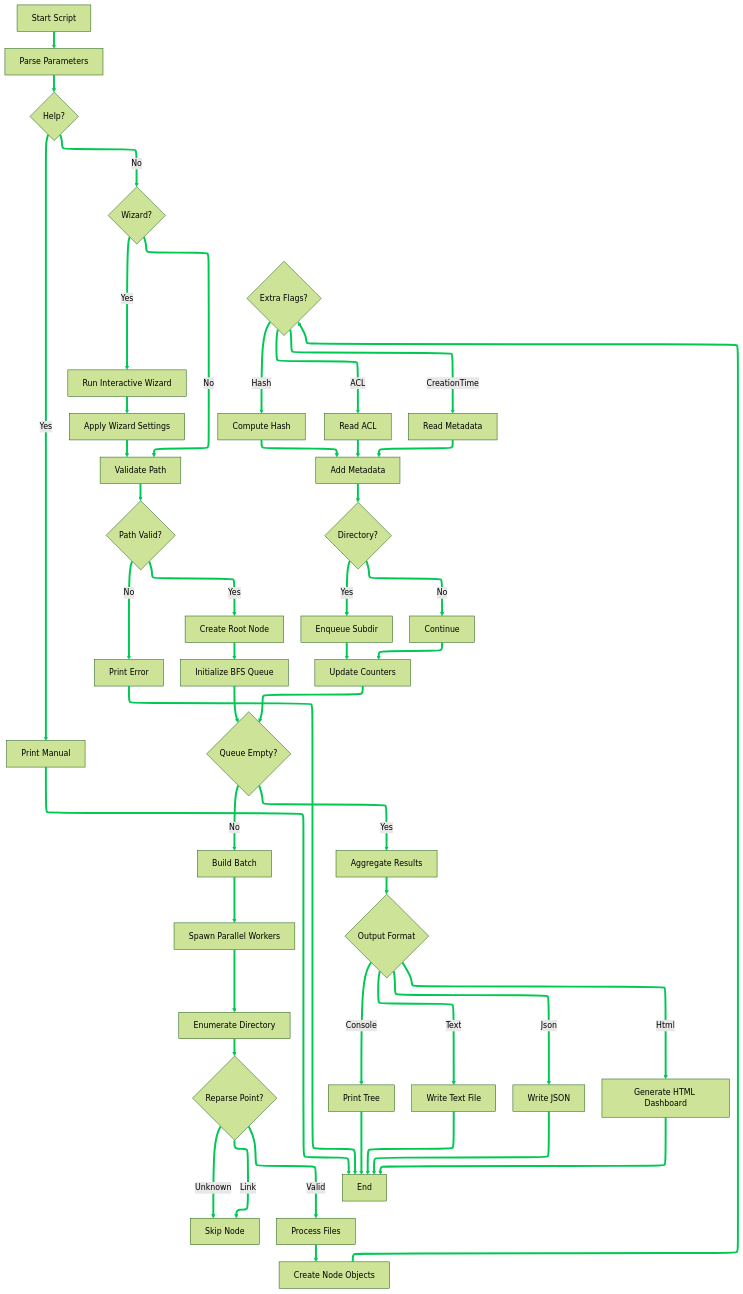
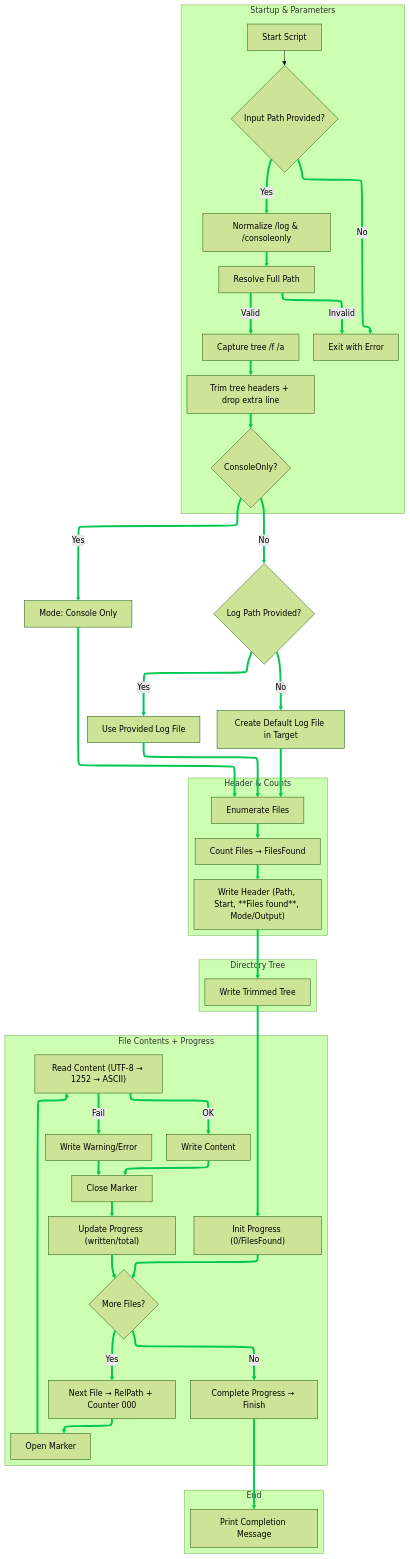
Before and after one commit to prafAle/powershell: the diagram in treeAdv/readme.md, drawn with Mermaid. The commit also changed other lines of this file, not shown here.

````diff
--- a/treeAdv/readme.md
+++ b/treeAdv/readme.md
@@ -173,97 +108,74 @@
   look: classic
 ---
 flowchart TB
-    A["Start Script"] --> B["Parse Parameters"]
-    B --> C{"Help?"}
-    C -- Yes --> D["Print Manual"]
-    D --> Z["End"]
-    C -- No --> E{"Wizard?"}
-    E -- Yes --> F["Run Interactive Wizard"]
-    F --> G["Apply Wizard Settings"]
-    E -- No --> H["Validate Path"]
-    G --> H
-    H --> I{"Path Valid?"}
-    I -- No --> J["Print Error"]
-    J --> Z
-    I -- Yes --> K["Create Root Node"]
-    K --> L["Initialize BFS Queue"]
-    L --> M{"Queue Empty?"}
-    M -- No --> N["Build Batch"]
-    N --> O["Spawn Parallel Workers"]
-    O --> P["Enumerate Directory"]
-    P --> Q{"Reparse Point?"}
-    Q -- Link --> R["Skip Node"]
-    Q -- Unknown --> R
-    Q -- Valid --> S["Process Files"]
-    S --> T["Create Node Objects"]
-    T --> U{"Extra Flags?"}
-    U -- Hash --> V["Compute Hash"]
-    U -- ACL --> W["Read ACL"]
-    U -- CreationTime --> X["Read Metadata"]
-    V --> Y["Add Metadata"]
-    W --> Y
-    X --> Y
-    Y --> AA{"Directory?"}
-    AA -- Yes --> AB["Enqueue Subdir"]
-    AA -- No --> AC["Continue"]
-    AB --> AD["Update Counters"]
-    AC --> AD
-    AD --> M
-    M -- Yes --> AE["Aggregate Results"]
-    AE --> AF{"Output Format"}
-    AF -- Console --> AG["Print Tree"]
-    AF -- Text --> AH["Write Text File"]
-    AF -- Json --> AI["Write JSON"]
-    AF -- Html --> AJ["Generate HTML Dashboard"]
-    AG --> Z
-    AH --> Z
-    AI --> Z
-    AJ --> Z
+ subgraph S1["Startup & Parameters"]
+    direction TB
+        B{"Input Path Provided?"}
+        A["Start Script"]
+        Z1["Exit with Error"]
+        C["Normalize /log & /consoleonly"]
+        D["Resolve Full Path"]
+        E["Capture tree /f /a"]
+        F["Trim tree headers + drop extra line"]
+        G{"ConsoleOnly?"}
+  end
+ subgraph S2["Header & Counts"]
+    direction TB
+        M["Count Files → FilesFound"]
+        L["Enumerate Files"]
+        N["Write Header (Path, Start, **Files found**, Mode/Output)"]
+  end
+ subgraph S3["Directory Tree"]
+    direction TB
+        O["Write Trimmed Tree"]
+  end
+ subgraph S4["File Contents + Progress"]
+    direction TB
+        P["Init Progress (0/FilesFound)"]
+        Q{"More Files?"}
+        Z["Complete Progress → Finish"]
+        R["Next File → RelPath + Counter 000"]
+        S["Open Marker"]
+        T["Read Content (UTF-8 → 1252 → ASCII)"]
+        U["Write Content"]
+        V["Write Warning/Error"]
+        W["Close Marker"]
+        X["Update Progress (written/total)"]
+  end
+ subgraph S5["End"]
+        Z2["Print Completion Message"]
+  end
+    A --> B
+    B -- No --> Z1
+    B -- Yes --> C
+    C --> D
+    D -- Invalid --> Z1
+    D -- Valid --> E
+    E --> F
+    F --> G
+    G -- Yes --> H["Mode: Console Only"]
+    G -- No --> I{"Log Path Provided?"}
+    I -- Yes --> J["Use Provided Log File"]
+    I -- No --> K["Create Default Log File in Target"]
+    H --> L
+    J --> L
+    K --> L
+    L --> M
+    M --> N
+    N --> O
+    O --> P
+    P --> Q
+    Q -- No --> Z
+    Q -- Yes --> R
+    R --> S
+    S --> T
+    T -- OK --> U
+    T -- Fail --> V
+    U --> W
+    V --> W
+    W --> X
+    X --> Q
+    Z --> Z2
 
-    linkStyle 0 stroke:#00C853,stroke-width:4px,color:red,fill:none
-    linkStyle 1 stroke:#00C853,stroke-width:4px,color:red,fill:none
-    linkStyle 2 stroke:#00C853,stroke-width:4px,color:red,fill:none
-    linkStyle 3 stroke:#00C853,stroke-width:4px,color:red,fill:none
-    linkStyle 4 stroke:#00C853,stroke-width:4px,color:red,fill:none
-    linkStyle 5 stroke:#00C853,stroke-width:4px,color:red,fill:none
-    linkStyle 6 stroke:#00C853,stroke-width:4px,color:red,fill:none
-    linkStyle 7 stroke:#00C853,stroke-width:4px,color:red,fill:none
-    linkStyle 8 stroke:#00C853,stroke-width:4px,color:red,fill:none
-    linkStyle 9 stroke:#00C853,stroke-width:4px,color:red,fill:none
-    linkStyle 10 stroke:#00C853,stroke-width:4px,color:red,fill:none
-    linkStyle 11 stroke:#00C853,stroke-width:4px,color:red,fill:none
-    linkStyle 12 stroke:#00C853,stroke-width:4px,color:red,fill:none
-    linkStyle 13 stroke:#00C853,stroke-width:4px,color:red,fill:none
-    linkStyle 14 stroke:#00C853,stroke-width:4px,color:red,fill:none
-    linkStyle 15 stroke:#00C853,stroke-width:4px,color:red,fill:none
-    linkStyle 16 stroke:#00C853,stroke-width:4px,color:red,fill:none
-    linkStyle 17 stroke:#00C853,stroke-width:4px,color:red,fill:none
-    linkStyle 18 stroke:#00C853,stroke-width:4px,color:red,fill:none
-    linkStyle 19 stroke:#00C853,stroke-width:4px,color:red,fill:none
-    linkStyle 20 stroke:#00C853,stroke-width:4px,color:red,fill:none
-    linkStyle 21 stroke:#00C853,stroke-width:4px,color:red,fill:none
-    linkStyle 22 stroke:#00C853,stroke-width:4px,color:red,fill:none
-    linkStyle 23 stroke:#00C853,stroke-width:4px,color:red,fill:none
-    linkStyle 24 stroke:#00C853,stroke-width:4px,color:red,fill:none
-    linkStyle 25 stroke:#00C853,stroke-width:4px,color:red,fill:none
-    linkStyle 26 stroke:#00C853,stroke-width:4px,color:red,fill:none
-    linkStyle 27 stroke:#00C853,stroke-width:4px,color:red,fill:none
-    linkStyle 28 stroke:#00C853,stroke-width:4px,color:red,fill:none
-    linkStyle 29 stroke:#00C853,stroke-width:4px,color:red,fill:none
-    linkStyle 30 stroke:#00C853,stroke-width:4px,color:red,fill:none
-    linkStyle 31 stroke:#00C853,stroke-width:4px,color:red,fill:none
-    linkStyle 32 stroke:#00C853,stroke-width:4px,color:red,fill:none
-    linkStyle 33 stroke:#00C853,stroke-width:4px,color:red,fill:none
-    linkStyle 34 stroke:#00C853,stroke-width:4px,color:red,fill:none
-    linkStyle 35 stroke:#00C853,stroke-width:4px,color:red,fill:none
-    linkStyle 36 stroke:#00C853,stroke-width:4px,color:red,fill:none
-    linkStyle 37 stroke:#00C853,stroke-width:4px,color:red,fill:none
-    linkStyle 38 stroke:#00C853,stroke-width:4px,color:red,fill:none
-    linkStyle 39 stroke:#00C853,stroke-width:4px,color:red,fill:none
-    linkStyle 40 stroke:#00C853,stroke-width:4px,color:red,fill:none
-    linkStyle 41 stroke:#00C853,stroke-width:4px,color:red,fill:none
-    linkStyle 42 stroke:#00C853,stroke-width:4px,color:red,fill:none
-    linkStyle 43 stroke:#00C853,stroke-width:4px,color:red,fill:none
-    linkStyle 44 stroke:#00C853,stroke-width:4px,color:red,fill:none
-    linkStyle 45 stroke:#00C853,stroke-width:4px,color:red,fill:none
+    linkStyle 1,2,3,4,5,6,7,8,9,10,11,12,13,14,15,16,17,18,19,20,21,22,23,24,25,26,27,28,29,30 stroke:#00C853,stroke-width:4px;
 ```
````
